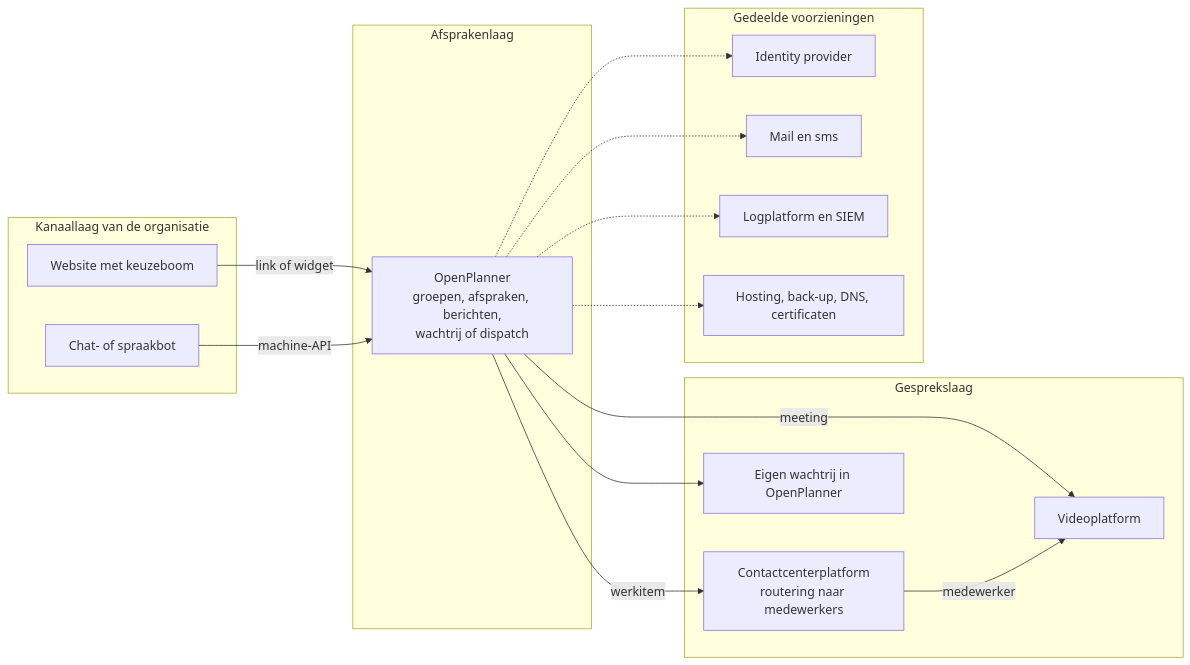
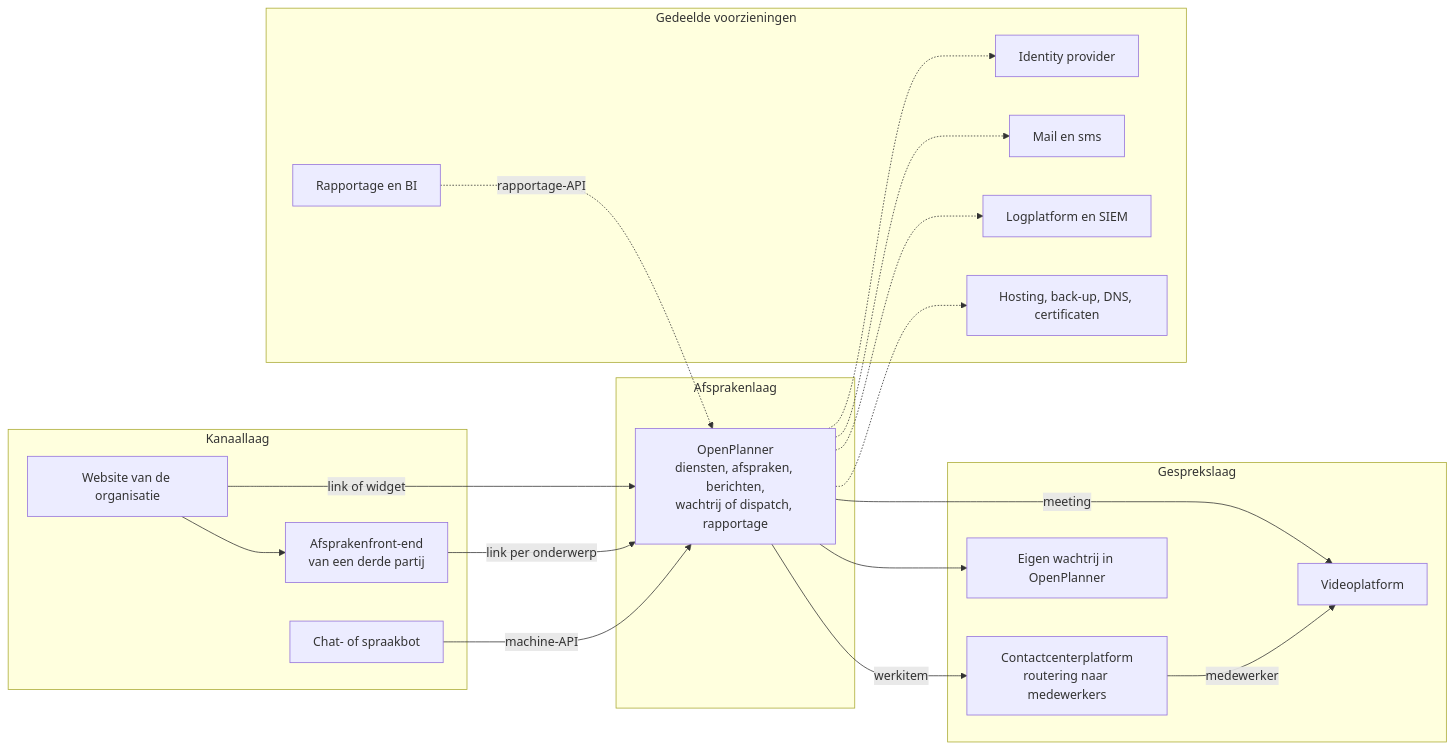
The second of 9 diagrams in docs/applicatie-architectuur.md (3Corners-Labs/OpenPlanner), drawn with Mermaid before and after one commit. The commit also changed other lines of this file, not shown here.

First line of the commit message:
docs: application architecture concept 2, with every flow and the hosting impact

````diff
--- a/docs/applicatie-architectuur.md
+++ b/docs/applicatie-architectuur.md
@@ -371,31 +462,36 @@
 ```mermaid
 flowchart LR
-    subgraph kanaal [Kanaallaag van de organisatie]
-        site[Website met keuzeboom]
+    subgraph kanaal [Kanaallaag]
+        site[Website van de organisatie]
+        fe[Afsprakenfront-end<br/>van een derde partij]
         bot2[Chat- of spraakbot]
     end
     subgraph afspraak [Afsprakenlaag]
-        op[OpenPlanner<br/>groepen, afspraken, berichten,<br/>wachtrij of dispatch]
+        op[OpenPlanner<br/>diensten, afspraken, berichten,<br/>wachtrij of dispatch, rapportage]
     end
     subgraph gesprek [Gesprekslaag]
         cc2[Contactcenterplatform<br/>routering naar medewerkers]
         video2[Videoplatform]
         eigen2[Eigen wachtrij in OpenPlanner]
     end
     subgraph gedeeld [Gedeelde voorzieningen]
         idp2[Identity provider]
         mail2[Mail en sms]
         log2[Logplatform en SIEM]
+        bi2[Rapportage en BI]
         host2[Hosting, back-up, DNS, certificaten]
     end
     site -- "link of widget" --> op
+    site --> fe
+    fe -- "link per onderwerp" --> op
     bot2 -- "machine-API" --> op
     op -- "werkitem" --> cc2
     op -- "meeting" --> video2
     op --> eigen2
     cc2 -- "medewerker" --> video2
     op -.-> idp2
     op -.-> mail2
     op -.-> log2
+    bi2 -. "rapportage-API" .-> op
     op -.-> host2
 ```
````
